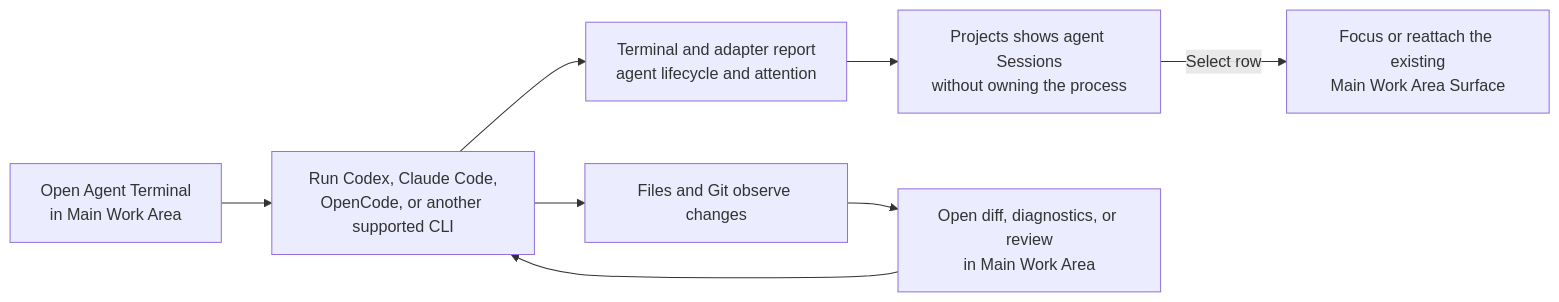
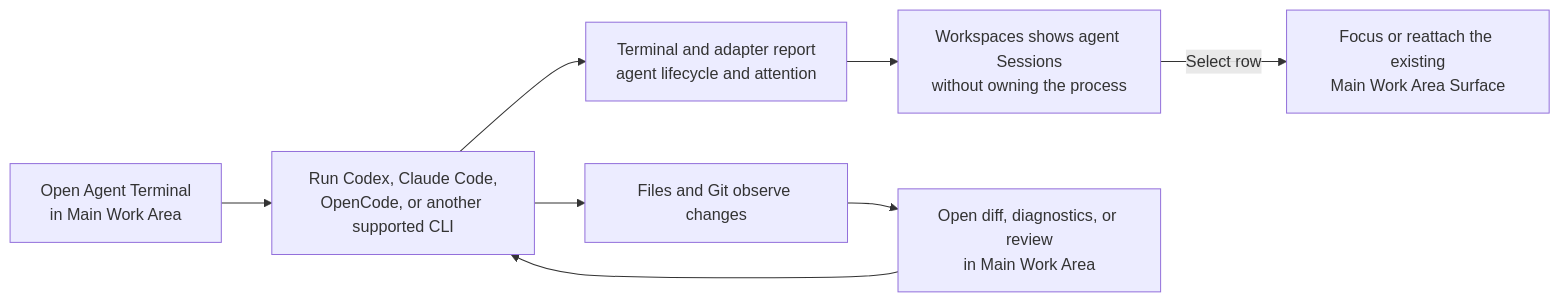
One commit to Oreoro/dez changed the second of 3 diagrams in docs/src/development/dez/fork-notes.md. Above: the diagram before and after it, drawn with Mermaid. The commit also changed other lines of this file and 21 other files, not shown here.

````diff
--- a/docs/src/development/dez/fork-notes.md
+++ b/docs/src/development/dez/fork-notes.md
@@ -97,10 +97,10 @@
 ```mermaid
 flowchart LR
     START["Open Agent Terminal<br/>in Main Work Area"] --> RUN["Run Codex, Claude Code,<br/>OpenCode, or another supported CLI"]
     RUN --> OBSERVE["Terminal and adapter report<br/>agent lifecycle and attention"]
-    OBSERVE --> SESSIONS["Projects shows agent Sessions<br/>without owning the process"]
+    OBSERVE --> SESSIONS["Workspaces shows agent Sessions<br/>without owning the process"]
     SESSIONS -->|Select row| RETURN["Focus or reattach the existing<br/>Main Work Area Surface"]
     RUN --> CHANGES["Files and Git observe changes"]
     CHANGES --> REVIEW["Open diff, diagnostics, or review<br/>in Main Work Area"]
     REVIEW --> RUN
 ```
````
